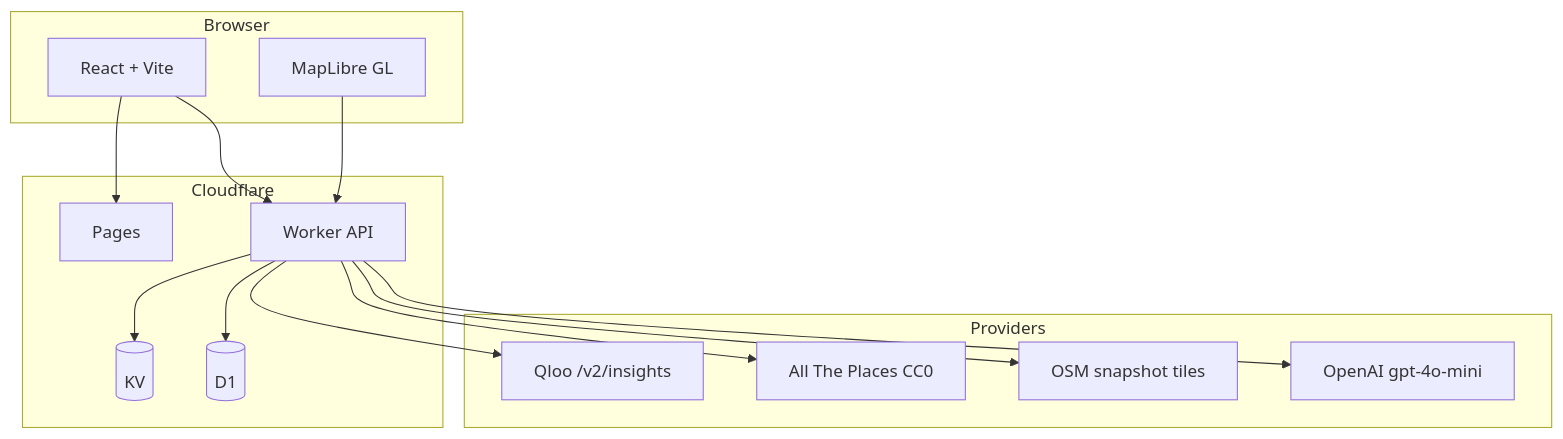
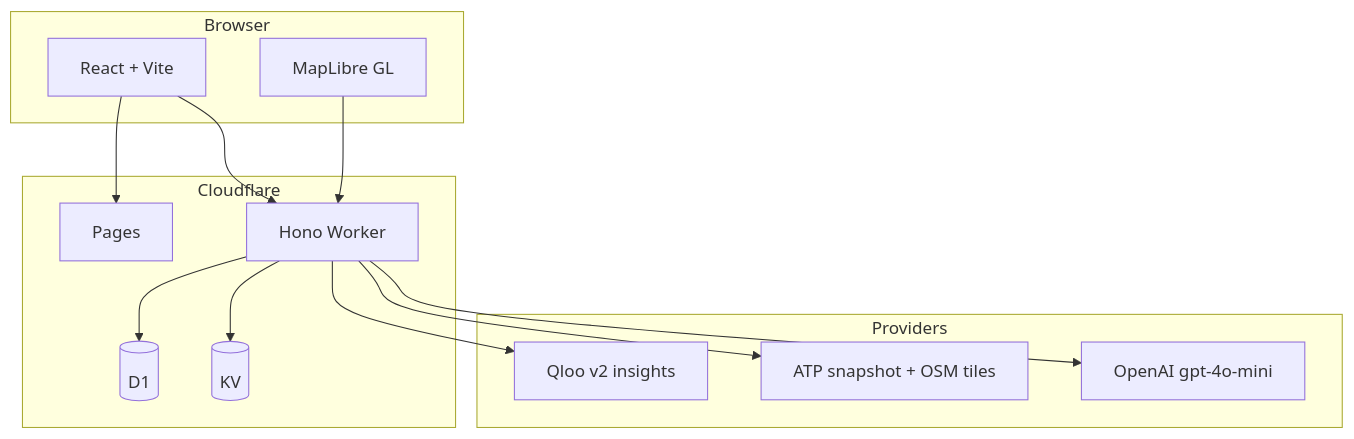
Before and after one commit to AtharvRaotole/LeaseUp: the diagram in README.md, drawn with Mermaid. The commit also changed other lines of this file and 76 other files, not shown here.

````diff
--- a/README.md
+++ b/README.md
@@ -72,28 +98,26 @@
 ```mermaid
 flowchart TB
-  subgraph client [Browser]
+  subgraph browser [Browser]
     Web[React + Vite]
     Map[MapLibre GL]
   end
-  subgraph cf [Cloudflare]
+  subgraph cloudflare [Cloudflare]
     Pages[Pages]
-    Worker[Worker API]
+    Worker[Hono Worker]
+    D1[(D1)]
     KV[(KV)]
-    D1[(D1)]
   end
-  subgraph data [Providers]
-    Qloo[Qloo /v2/insights]
-    ATP[All The Places CC0]
-    OSM[OSM snapshot tiles]
-    OAI[OpenAI gpt-4o-mini]
+  subgraph providers [Providers]
+    Qloo[Qloo v2 insights]
+    Stores[ATP snapshot + OSM tiles]
+    OpenAI[OpenAI gpt-4o-mini]
   end
   Web --> Pages
   Web --> Worker
   Map --> Worker
+  Worker --> D1
   Worker --> KV
-  Worker --> D1
   Worker --> Qloo
-  Worker --> ATP
-  Worker --> OSM
-  Worker --> OAI
+  Worker --> Stores
+  Worker --> OpenAI
 ```
````
